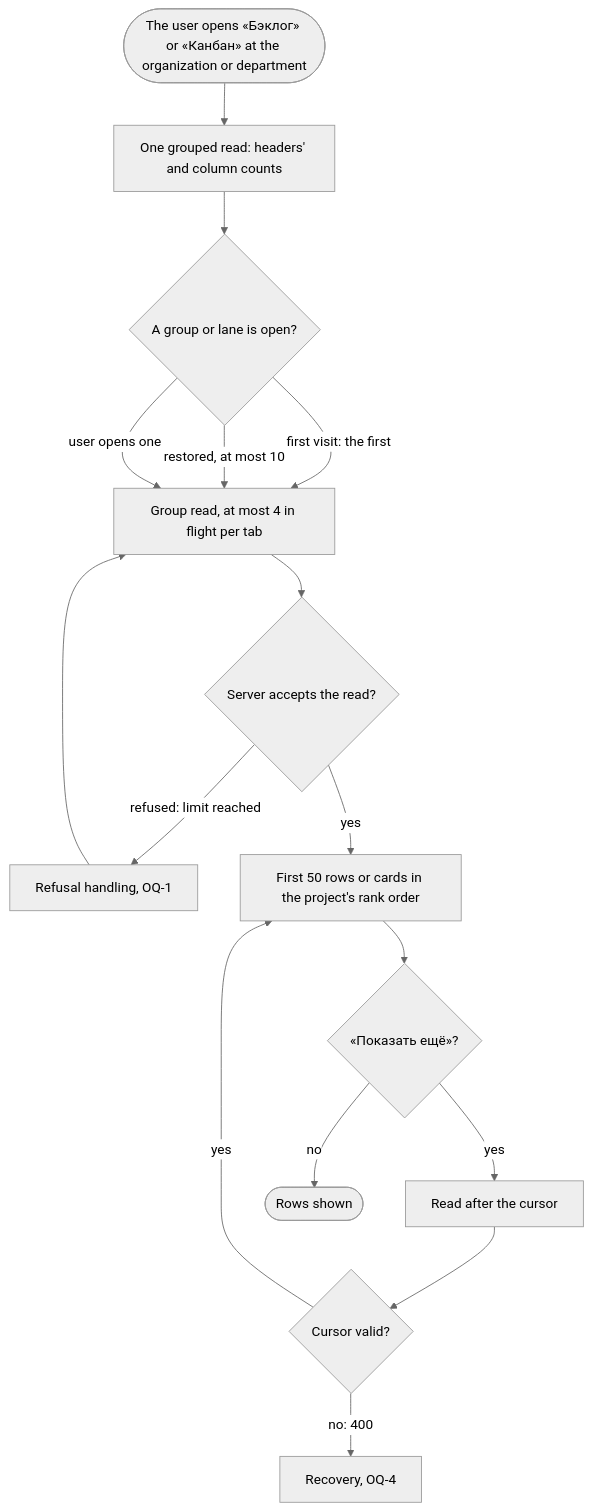
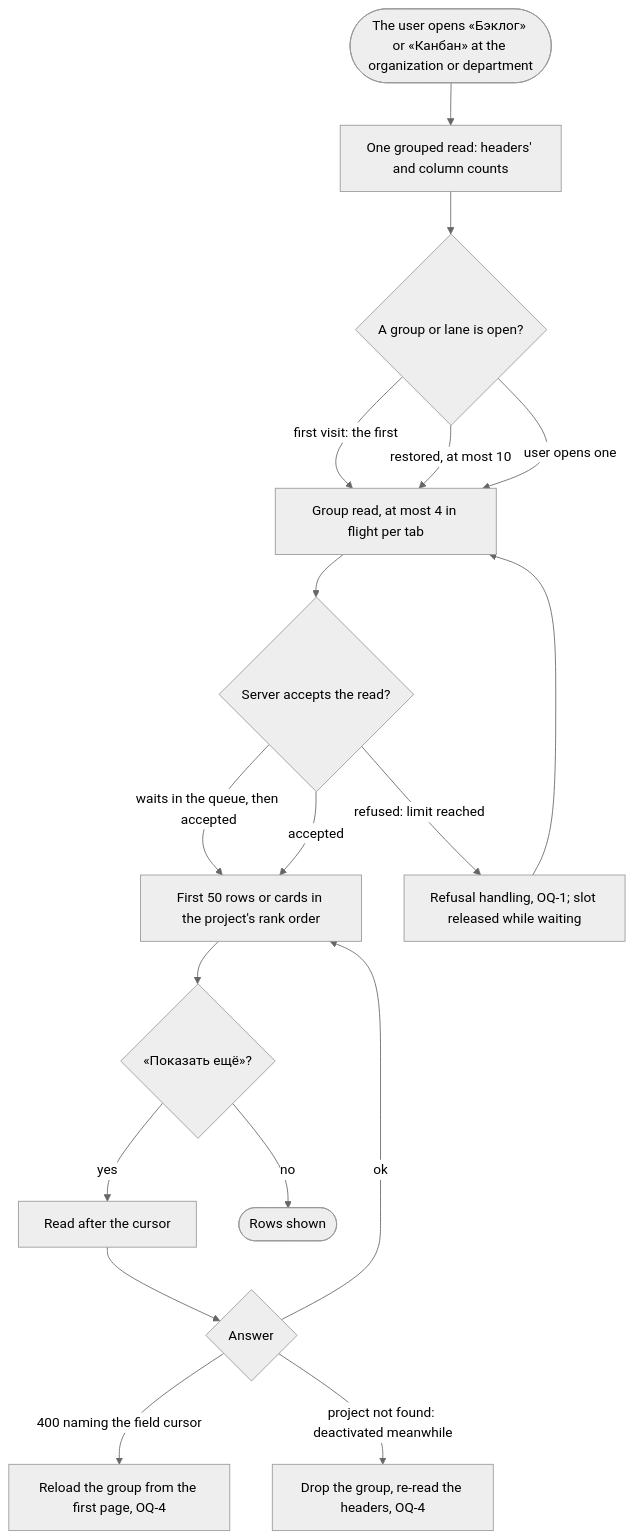
One commit to totKtoXam/mustask changed the diagram in docs/features/feat-048-aggregate-level-views/spec.md. Above: the diagram before and after it, drawn with Mermaid (neutral theme). The commit also changed other lines of this file, not shown here.

````diff
--- a/docs/features/feat-048-aggregate-level-views/spec.md
+++ b/docs/features/feat-048-aggregate-level-views/spec.md
@@ -42,18 +46,20 @@
 ```mermaid
 flowchart TD
     S([The user opens «Бэклог» or «Канбан» at the organization or department]) --> H[One grouped read: headers' and column counts]
     H --> G{A group or lane is open?}
     G -->|first visit: the first| R[Group read, at most 4 in flight per tab]
     G -->|restored, at most 10| R
     G -->|user opens one| R
     R --> L{Server accepts the read?}
-    L -->|refused: limit reached| X[Refusal handling, OQ-1]
+    L -->|waits in the queue, then accepted| P
+    L -->|refused: limit reached| X[Refusal handling, OQ-1; slot released while waiting]
     X --> R
-    L -->|yes| P[First 50 rows or cards in the project's rank order]
+    L -->|accepted| P[First 50 rows or cards in the project's rank order]
     P --> M{«Показать ещё»?}
     M -->|yes| C[Read after the cursor]
-    C --> K{Cursor valid?}
-    K -->|no: 400| Kx[Recovery, OQ-4]
-    K -->|yes| P
+    C --> K{Answer}
+    K -->|400 naming the field cursor| Kx[Reload the group from the first page, OQ-4]
+    K -->|project not found: deactivated meanwhile| Dx[Drop the group, re-read the headers, OQ-4]
+    K -->|ok| P
     M -->|no| E([Rows shown])
 ```
````
